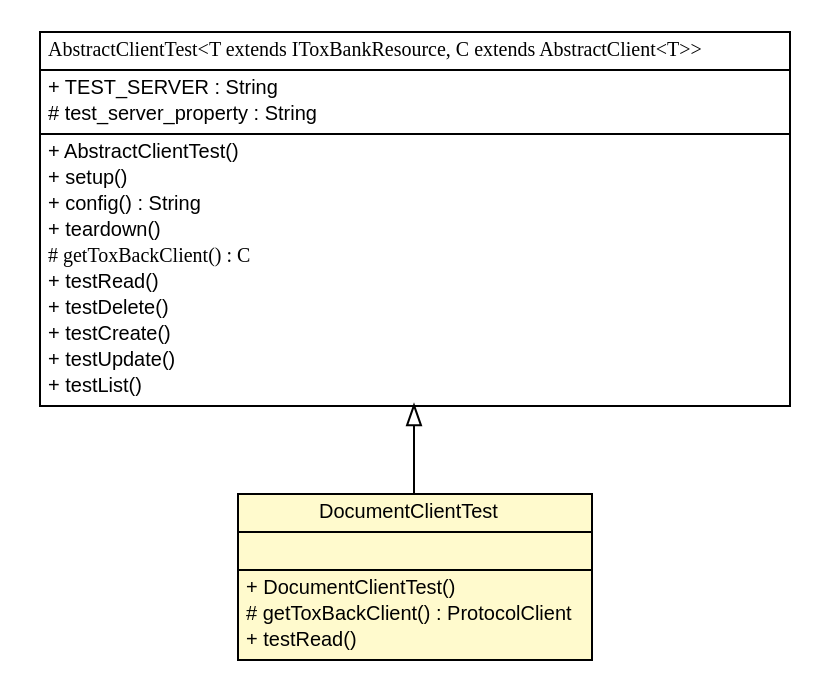
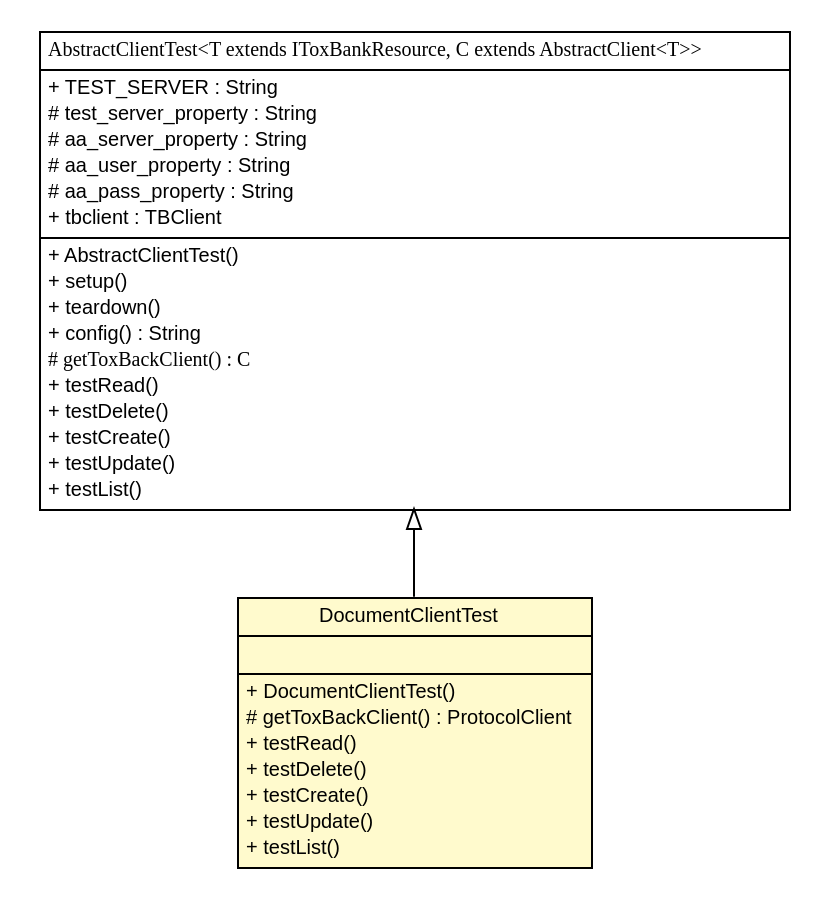
One commit to ToxBank/toxbank-api-client changed the diagram in testapidocs/net/toxbank/client/resource/DocumentClientTest.dot. Above: the diagram before and after it, drawn with Graphviz. The commit also changed 57 other files, not shown here.

```diff
--- a/testapidocs/net/toxbank/client/resource/DocumentClientTest.dot
+++ b/testapidocs/net/toxbank/client/resource/DocumentClientTest.dot
@@ -1,48 +1,56 @@
 #!/usr/local/bin/dot
 #
 # Class diagram 
 # Generated by UmlGraph version 4.6 (http://www.spinellis.gr/sw/umlgraph)
 #
 
 digraph G {
 	edge [fontname="arial",fontsize=10,labelfontname="arial",labelfontsize=10];
 	node [fontname="arial",fontsize=10,shape=plaintext];
 	// net.toxbank.client.resource.DocumentClientTest
 	c94 [label=<<table border="0" cellborder="1" cellspacing="0" cellpadding="2" port="p" bgcolor="lemonChiffon" href="./DocumentClientTest.html">
 		<tr><td><table border="0" cellspacing="0" cellpadding="1">
 			<tr><td> DocumentClientTest </td></tr>
 		</table></td></tr>
 		<tr><td><table border="0" cellspacing="0" cellpadding="1">
 			<tr><td align="left">  </td></tr>
 		</table></td></tr>
 		<tr><td><table border="0" cellspacing="0" cellpadding="1">
 			<tr><td align="left"> + DocumentClientTest() </td></tr>
 			<tr><td align="left"> # getToxBackClient() : ProtocolClient </td></tr>
 			<tr><td align="left"> + testRead() </td></tr>
+			<tr><td align="left"> + testDelete() </td></tr>
+			<tr><td align="left"> + testCreate() </td></tr>
+			<tr><td align="left"> + testUpdate() </td></tr>
+			<tr><td align="left"> + testList() </td></tr>
 		</table></td></tr>
 		</table>>, fontname="arial", fontcolor="black", fontsize=10.0];
 	// net.toxbank.client.resource.AbstractClientTest<T extends net.toxbank.client.resource.IToxBankResource, C extends net.toxbank.client.resource.AbstractClient<T>>
 	c98 [label=<<table border="0" cellborder="1" cellspacing="0" cellpadding="2" port="p" href="./AbstractClientTest.html">
 		<tr><td><table border="0" cellspacing="0" cellpadding="1">
 			<tr><td><font face="ariali"> AbstractClientTest&lt;T extends IToxBankResource, C extends AbstractClient&lt;T&gt;&gt; </font></td></tr>
 		</table></td></tr>
 		<tr><td><table border="0" cellspacing="0" cellpadding="1">
 			<tr><td align="left"> + TEST_SERVER : String </td></tr>
 			<tr><td align="left"> # test_server_property : String </td></tr>
+			<tr><td align="left"> # aa_server_property : String </td></tr>
+			<tr><td align="left"> # aa_user_property : String </td></tr>
+			<tr><td align="left"> # aa_pass_property : String </td></tr>
+			<tr><td align="left"> + tbclient : TBClient </td></tr>
 		</table></td></tr>
 		<tr><td><table border="0" cellspacing="0" cellpadding="1">
 			<tr><td align="left"> + AbstractClientTest() </td></tr>
 			<tr><td align="left"> + setup() </td></tr>
+			<tr><td align="left"> + teardown() </td></tr>
 			<tr><td align="left"> + config() : String </td></tr>
-			<tr><td align="left"> + teardown() </td></tr>
 			<tr><td align="left"><font face="ariali" point-size="10.0"> # getToxBackClient() : C </font></td></tr>
 			<tr><td align="left"> + testRead() </td></tr>
 			<tr><td align="left"> + testDelete() </td></tr>
 			<tr><td align="left"> + testCreate() </td></tr>
 			<tr><td align="left"> + testUpdate() </td></tr>
 			<tr><td align="left"> + testList() </td></tr>
 		</table></td></tr>
 		</table>>, fontname="arial", fontcolor="black", fontsize=10.0];
 	//net.toxbank.client.resource.DocumentClientTest extends net.toxbank.client.resource.AbstractClientTest<net.toxbank.client.resource.Protocol, net.toxbank.client.resource.ProtocolClient>
 	c98:p -> c94:p [dir=back,arrowtail=empty];
 }
```
